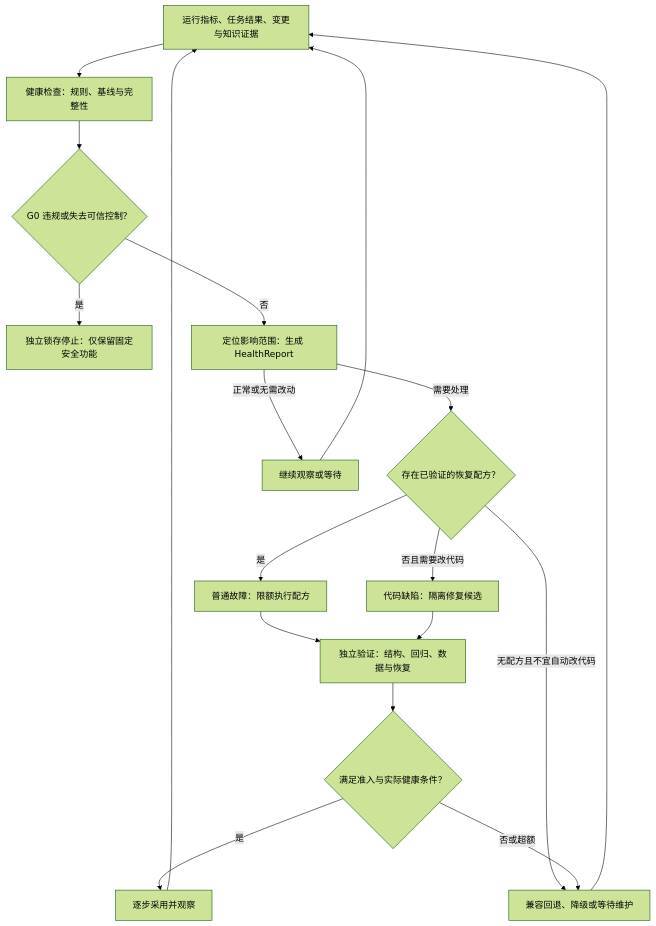
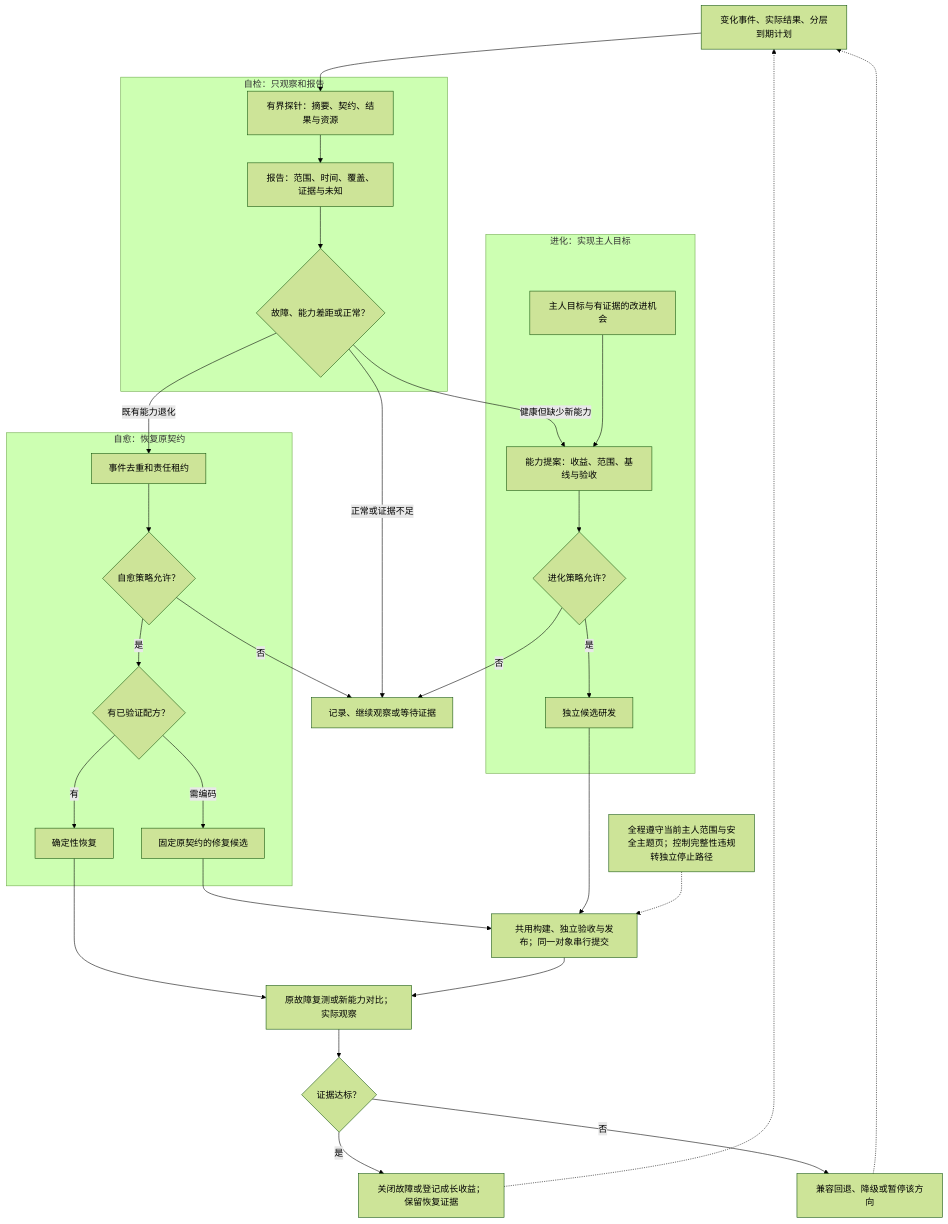
The diagram in docs/diagrams/health-and-repair.mmd (Samuel521199/JarvisSystem), drawn with Mermaid (forest theme) before and after one commit. The commit also changed 693 other files, not shown here.

```diff
--- a/docs/diagrams/health-and-repair.mmd
+++ b/docs/diagrams/health-and-repair.mmd
@@ -1,30 +1,32 @@
 flowchart TB
-    Evidence["运行指标、任务结果、变更与知识证据"]
-    Check["健康检查：规则、基线与完整性"]
-    Latch{"G0 违规或失去可信控制？"}
-    Stop["独立锁存停止：仅保留固定安全功能"]
-    Classify["定位影响范围：生成 HealthReport"]
-    Known{"存在已验证的恢复配方？"}
-    Repair["普通故障：限额执行配方"]
-    Candidate["代码缺陷：隔离修复候选"]
-    Verify["独立验证：结构、回归、数据与恢复"]
-    Result{"满足准入与实际健康条件？"}
-    Adopt["逐步采用并观察"]
-    Fallback["兼容回退、降级或等待维护"]
-    Evidence --> Check
-    Check --> Latch
-    Latch -->|"是"| Stop
-    Latch -->|"否"| Classify
-    Classify -->|"需要处理"| Known
-    Classify -->|"正常或无需改动"| Observe["继续观察或等待"]
-    Observe --> Evidence
-    Known -->|"是"| Repair
-    Known -->|"无配方且不宜自动改代码"| Fallback
-    Known -->|"否且需要改代码"| Candidate
-    Repair --> Verify
-    Candidate --> Verify
-    Verify --> Result
-    Result -->|"是"| Adopt
-    Result -->|"否或超额"| Fallback
-    Adopt --> Evidence
-    Fallback --> Evidence
+    Events["变化事件、实际结果、分层到期计划"] --> Inspect
+    subgraph S1["自检：只观察和报告"]
+      Inspect["有界探针：摘要、契约、结果与资源"] --> Report["报告：范围、时间、覆盖、证据与未知"]
+      Report --> Classify{"故障、能力差距或正常？"}
+    end
+    Classify -->|"正常或证据不足"| Wait["记录、继续观察或等待证据"]
+    Classify -->|"既有能力退化"| Incident
+    Classify -->|"健康但缺少新能力"| Proposal
+    subgraph S2["自愈：恢复原契约"]
+      Incident["事件去重和责任租约"] --> HealGate{"自愈策略允许？"}
+      HealGate -->|"是"| Known{"有已验证配方？"}
+      Known -->|"有"| Recipe["确定性恢复"]
+      Known -->|"需编码"| Fix["固定原契约的修复候选"]
+    end
+    subgraph S3["进化：实现主人目标"]
+      Goal["主人目标与有证据的改进机会"] --> Proposal["能力提案：收益、范围、基线与验收"]
+      Proposal --> GrowGate{"进化策略允许？"}
+      GrowGate -->|"是"| Develop["独立候选研发"]
+    end
+    HealGate -->|"否"| Wait
+    GrowGate -->|"否"| Wait
+    Fix --> Pipeline["共用构建、独立验收与发布；同一对象串行提交"]
+    Develop --> Pipeline
+    Recipe --> Verify["原故障复测或新能力对比；实际观察"]
+    Pipeline --> Verify
+    Verify --> Outcome{"证据达标？"}
+    Outcome -->|"是"| Ledger["关闭故障或登记成长收益；保留恢复证据"]
+    Outcome -->|"否"| Fallback["兼容回退、降级或暂停该方向"]
+    Ledger -.-> Events
+    Fallback -.-> Events
+    Policy["全程遵守当前主人范围与安全主题页；控制完整性违规转独立停止路径"] -.-> Pipeline
```
